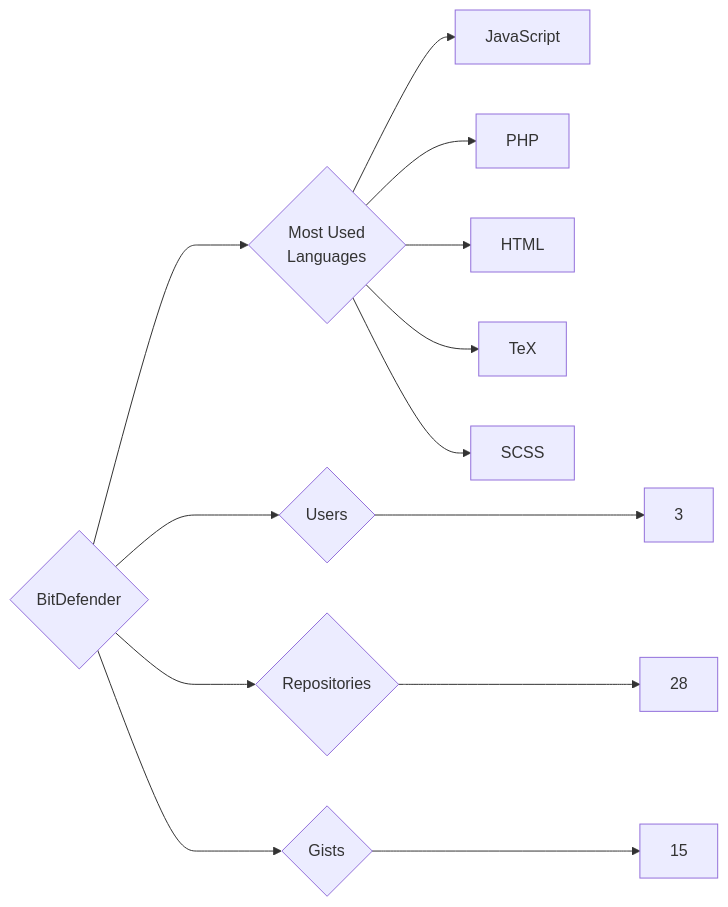
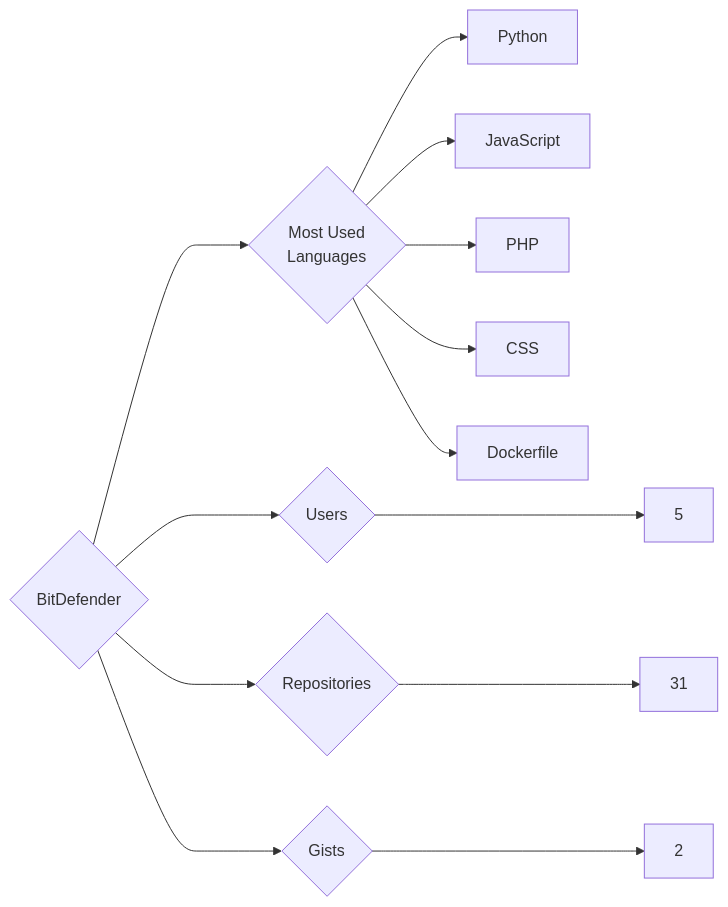
One commit to trickest/insiders changed the diagram in targets/BitDefender/README.md. Above: the diagram before and after it, drawn with Mermaid. The commit also changed 965 other files, not shown here.

````diff
--- a/targets/BitDefender/README.md
+++ b/targets/BitDefender/README.md
@@ -3,13 +3,13 @@
 ```mermaid
 graph LR
 COMPANY_NAME{BitDefender}
-COMPANY_NAME ---> U{Users} ---> UN[3]
-COMPANY_NAME ---> R{Repositories} ---> RN[28]
-COMPANY_NAME ---> G{Gists} ---> GN[15]
+COMPANY_NAME ---> U{Users} ---> UN[5]
+COMPANY_NAME ---> R{Repositories} ---> RN[31]
+COMPANY_NAME ---> G{Gists} ---> GN[2]
 COMPANY_NAME ---> ML{Most Used<br>Languages}
+ML --> Python[Python]
 ML --> JavaScript[JavaScript]
 ML --> PHP[PHP]
-ML --> HTML[HTML]
-ML --> TeX[TeX]
-ML --> SCSS[SCSS]
+ML --> CSS[CSS]
+ML --> Dockerfile[Dockerfile]
 ```
````
